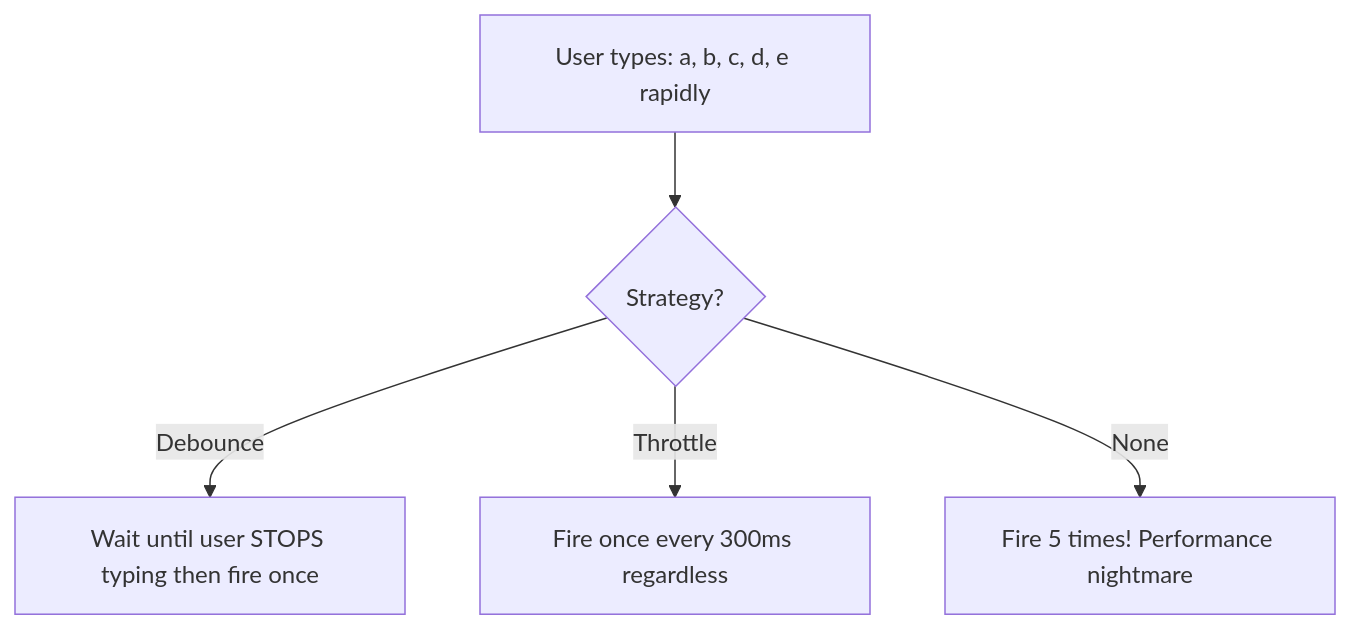
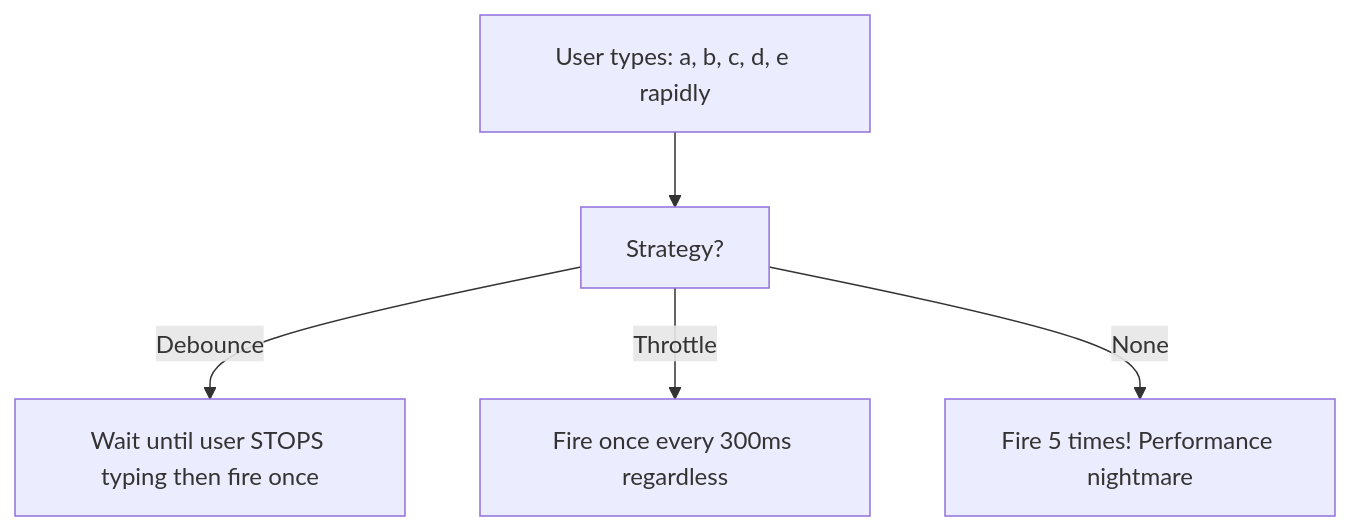
Before and after one commit to rajmpawar-hash/ByteNotes: the diagram in src/notes/javascript/6-web-apis/01-dom-and-browser/02-debounce-and-throttle.md, drawn with Mermaid. The commit also changed 35 other files, not shown here.

Commit message:
chore: deduplicate notes, fix Mermaid syntax, and update GEMINI.md rules

````diff
--- a/src/notes/javascript/6-web-apis/01-dom-and-browser/02-debounce-and-throttle.md
+++ b/src/notes/javascript/6-web-apis/01-dom-and-browser/02-debounce-and-throttle.md
@@ -9,7 +9,7 @@
 ```mermaid
 flowchart TD
-    A["User types: a, b, c, d, e rapidly"] --> B{"Strategy?"}
+    A["User types: a, b, c, d, e rapidly"] --> B["Strategy?"]
     B -->|Debounce| C["Wait until user STOPS typing then fire once"]
     B -->|Throttle| D["Fire once every 300ms regardless"]
     B -->|None| E["Fire 5 times! Performance nightmare"]
 ```
````
